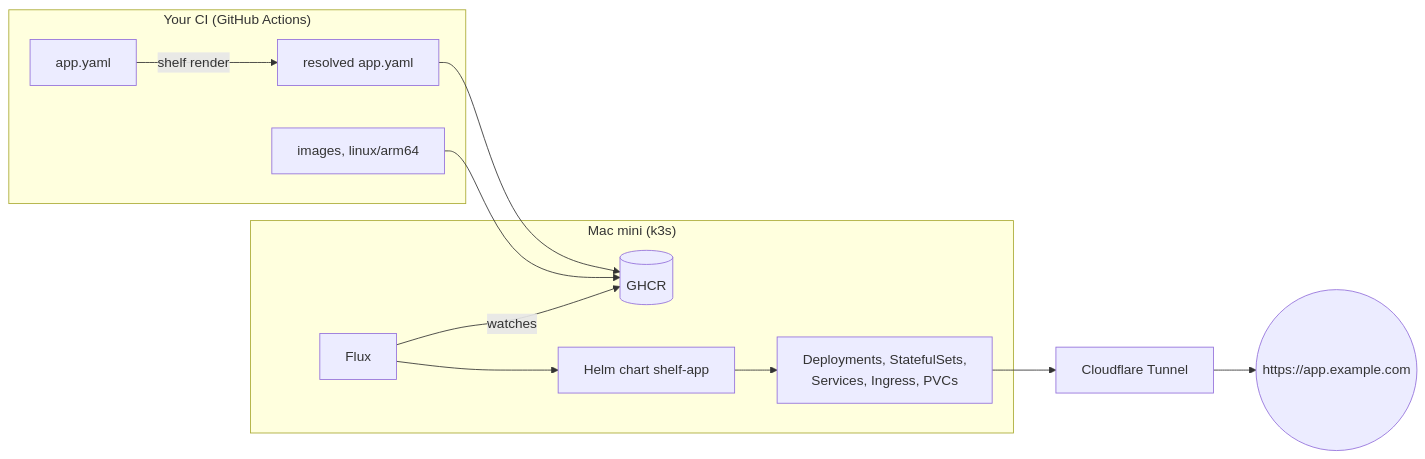
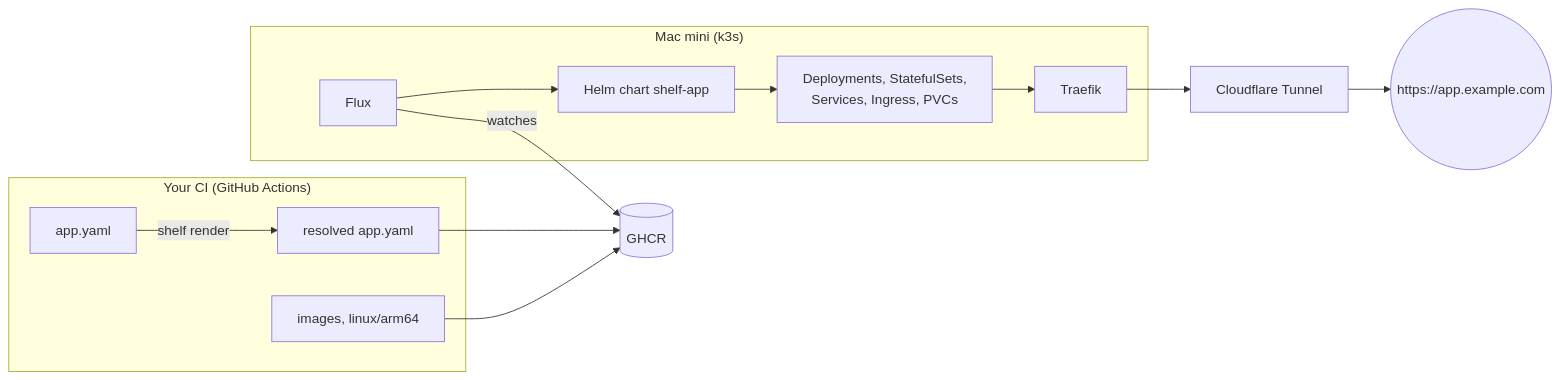
One commit to tweinmann/shelf changed the diagram in README.md. Above: the diagram before and after it, drawn with Mermaid. The commit also changed other lines of this file and 1 other file, not shown here.

Commit message:
docs: update Phase 0b status to approved and reflect changes in README.md

````diff
--- a/README.md
+++ b/README.md
@@ -43,15 +43,16 @@
 ```mermaid
 flowchart LR
     subgraph ci["Your CI (GitHub Actions)"]
         A[app.yaml] -->|shelf render| B[resolved app.yaml]
         I[images, linux/arm64]
     end
     B --> R[(GHCR)]
     I --> R
     subgraph mini["Mac mini (k3s)"]
-        F[Flux] -->|watches| R
-        F --> H[Helm chart shelf-app]
+        F[Flux] --> H[Helm chart shelf-app]
         H --> K[Deployments, StatefulSets,<br/>Services, Ingress, PVCs]
+        K --> X[Traefik]
     end
-    K --> T[Cloudflare Tunnel] --> U(("https://app.example.com"))
+    F -->|watches| R
+    X --> T[Cloudflare Tunnel] --> U(("https://app.example.com"))
 ```
````
